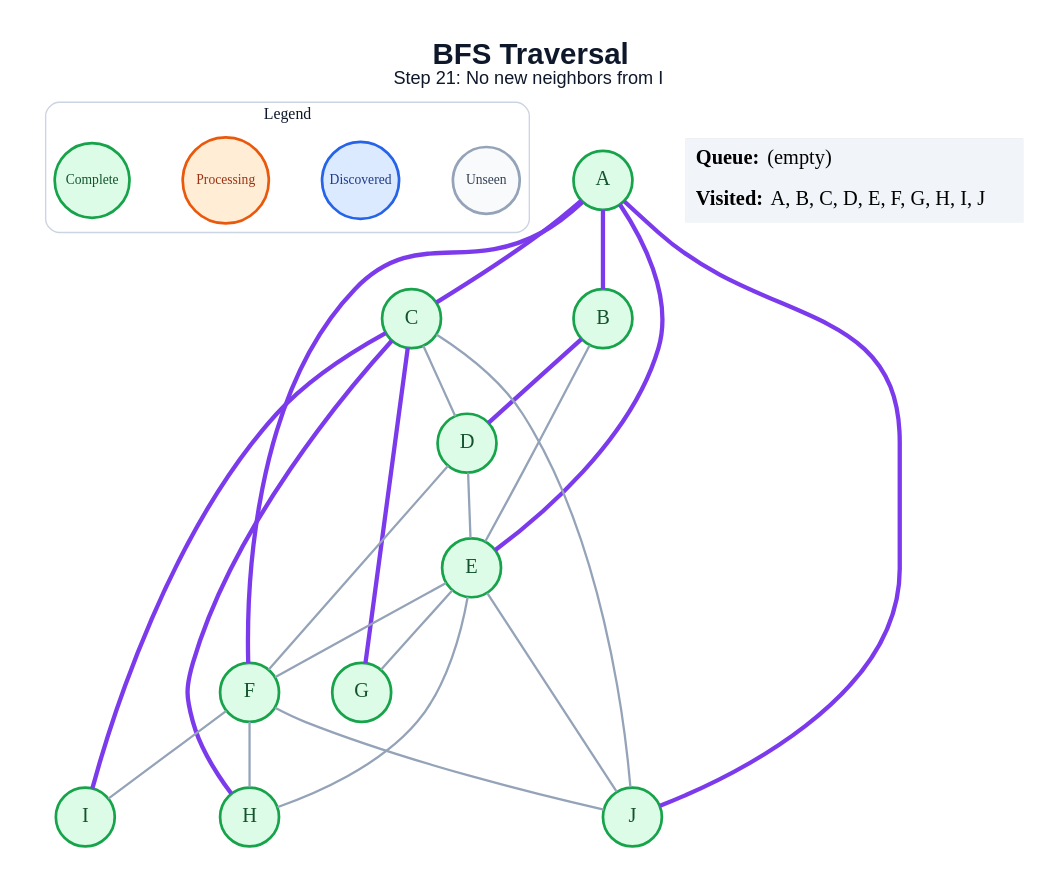
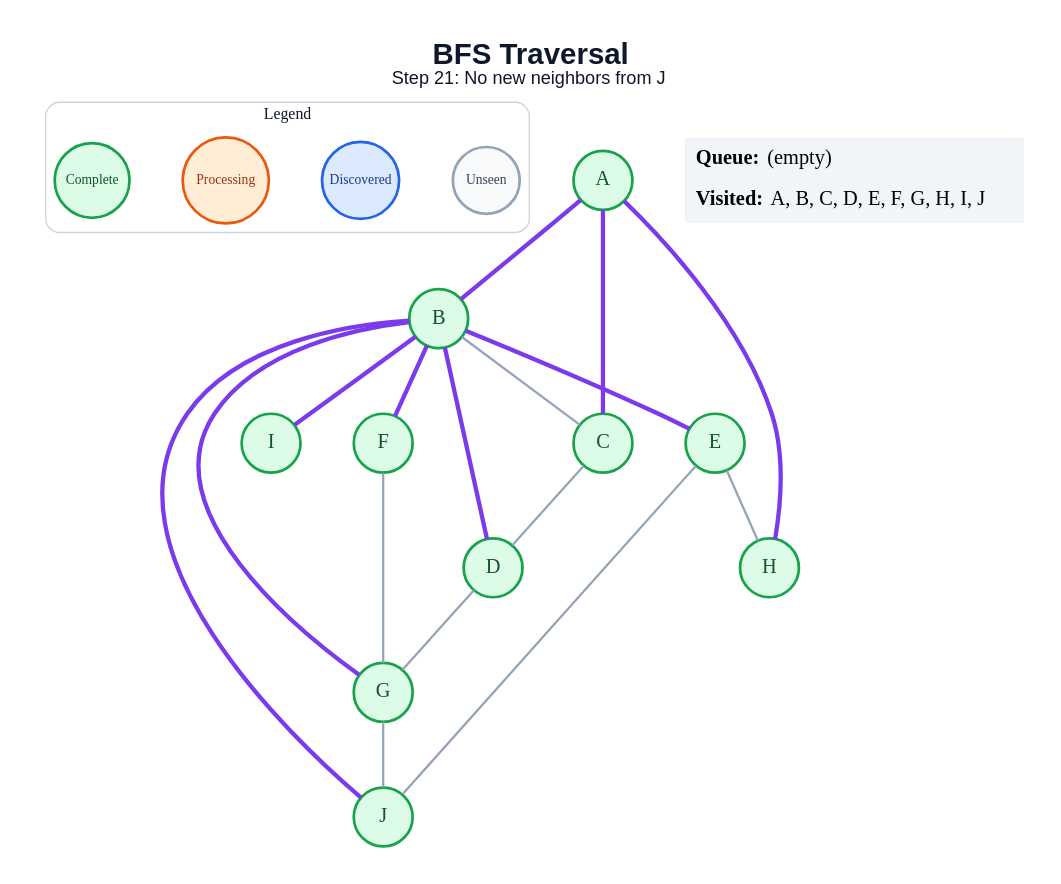
The diagram in generated/bfs/step_21.dot (amanghodawala9/ai-slop), drawn with Graphviz before and after one commit. The commit also changed 178 other files, not shown here.

```diff
--- a/generated/bfs/step_21.dot
+++ b/generated/bfs/step_21.dot
@@ -1,50 +1,45 @@
 graph traversal {
   graph [layout=dot, rankdir=TB, bgcolor="#FFFFFF", pad="0.35", nodesep="0.65", ranksep="0.8", fontname="Arial"];
   node [shape=circle, style="filled", fontname="Arial Bold", fontsize=18, width=0.72, fixedsize=true, penwidth=2.4];
   edge [color="#94A3B8", penwidth=2.0];
-  label=<<B>BFS Traversal</B><BR/><FONT POINT-SIZE="16">Step 21: No new neighbors from I</FONT>>; labelloc="t"; fontsize=26; fontname="Arial"; fontcolor="#0F172A";
+  label=<<B>BFS Traversal</B><BR/><FONT POINT-SIZE="16">Step 21: No new neighbors from J</FONT>>; labelloc="t"; fontsize=26; fontname="Arial"; fontcolor="#0F172A";
   subgraph cluster_legend { label="Legend"; color="#CBD5E1"; penwidth=1.2; style="rounded"; fontsize=14; fontname="Arial Bold";
     key_unseen [label="Unseen", fillcolor="#F8FAFC", color="#94A3B8", fontcolor="#334155", fontsize=12, width=0.82];
     key_frontier [label="Discovered", fillcolor="#DBEAFE", color="#2563EB", fontcolor="#1E3A8A", fontsize=12, width=0.95];
     key_current [label="Processing", fillcolor="#FFEDD5", color="#EA580C", fontcolor="#9A3412", fontsize=12, width=1.05];
     key_done [label="Complete", fillcolor="#DCFCE7", color="#16A34A", fontcolor="#14532D", fontsize=12, width=0.92];
     { rank=same; key_unseen; key_frontier; key_current; key_done; }
   }
   A [fillcolor="#DCFCE7", color="#16A34A", fontcolor="#14532D"];
   B [fillcolor="#DCFCE7", color="#16A34A", fontcolor="#14532D"];
   C [fillcolor="#DCFCE7", color="#16A34A", fontcolor="#14532D"];
   D [fillcolor="#DCFCE7", color="#16A34A", fontcolor="#14532D"];
   E [fillcolor="#DCFCE7", color="#16A34A", fontcolor="#14532D"];
   F [fillcolor="#DCFCE7", color="#16A34A", fontcolor="#14532D"];
   G [fillcolor="#DCFCE7", color="#16A34A", fontcolor="#14532D"];
   H [fillcolor="#DCFCE7", color="#16A34A", fontcolor="#14532D"];
   I [fillcolor="#DCFCE7", color="#16A34A", fontcolor="#14532D"];
   J [fillcolor="#DCFCE7", color="#16A34A", fontcolor="#14532D"];
   A -- B [color="#7C3AED", penwidth=3.8];
   A -- C [color="#7C3AED", penwidth=3.8];
-  A -- E [color="#7C3AED", penwidth=3.8];
-  A -- F [color="#7C3AED", penwidth=3.8];
-  A -- J [color="#7C3AED", penwidth=3.8];
+  A -- H [color="#7C3AED", penwidth=3.8];
+  B -- C;
   B -- D [color="#7C3AED", penwidth=3.8];
-  B -- E;
+  B -- E [color="#7C3AED", penwidth=3.8];
+  B -- F [color="#7C3AED", penwidth=3.8];
+  B -- G [color="#7C3AED", penwidth=3.8];
+  B -- I [color="#7C3AED", penwidth=3.8];
+  B -- J [color="#7C3AED", penwidth=3.8];
   C -- D;
-  C -- G [color="#7C3AED", penwidth=3.8];
-  C -- H [color="#7C3AED", penwidth=3.8];
-  C -- I [color="#7C3AED", penwidth=3.8];
-  C -- J;
-  D -- E;
-  D -- F;
-  E -- F;
-  E -- G;
+  D -- G;
   E -- H;
   E -- J;
-  F -- H;
-  F -- I;
-  F -- J;
+  F -- G;
+  G -- J;
   status [shape=plain, fixedsize=false, width=0, height=0, margin=0, label=<
     <TABLE BORDER="0" CELLBORDER="0" CELLPADDING="7" BGCOLOR="#F1F5F9">
       <TR><TD ALIGN="LEFT"><B>Queue:</B> (empty)</TD></TR>
       <TR><TD ALIGN="LEFT"><B>Visited:</B> A, B, C, D, E, F, G, H, I, J</TD></TR>
     </TABLE>
   >];
 }
```
